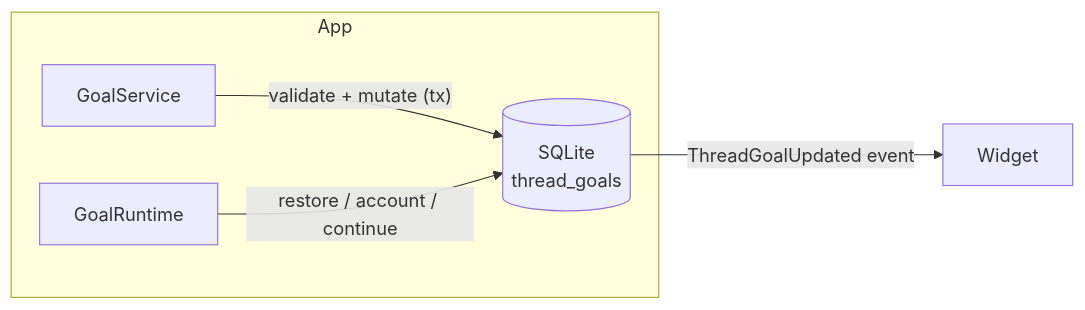
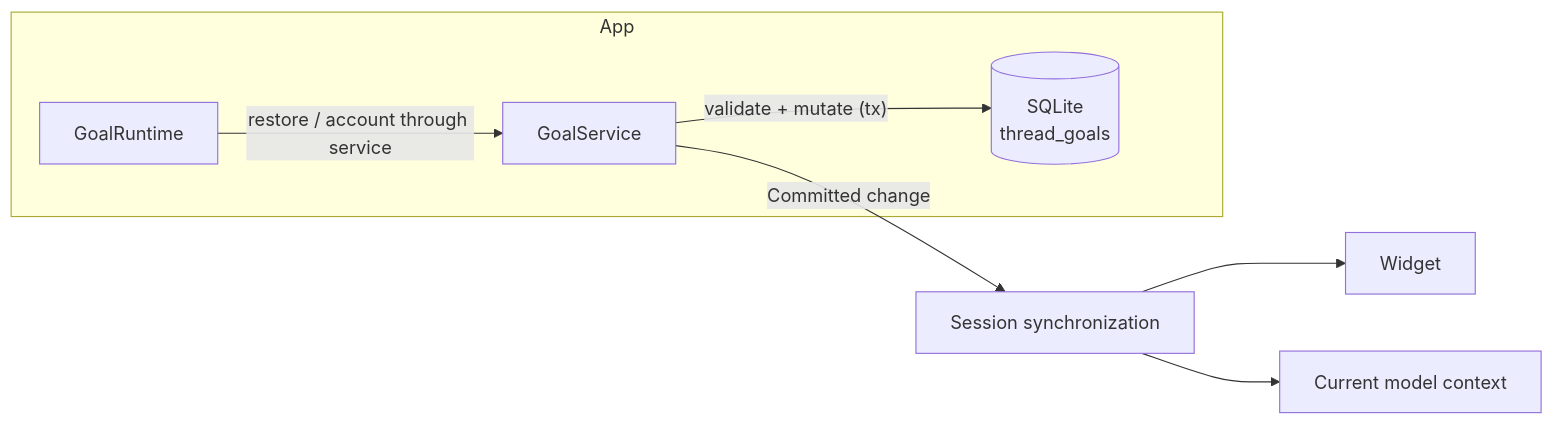
One commit to WeZZard/pi-secretary changed the second of 6 diagrams in docs/arch/architecture.md. Above: the diagram before and after it, drawn with Mermaid. The commit also changed other lines of this file and 32 other files, not shown here.

````diff
--- a/docs/arch/architecture.md
+++ b/docs/arch/architecture.md
@@ -194,11 +204,13 @@
 ```mermaid
 flowchart LR
     subgraph App
         SVC[GoalService]
         RT[GoalRuntime]
         DB[(SQLite<br/>thread_goals)]
     end
     SVC -- "validate + mutate (tx)" --> DB
-    RT -- "restore / account / continue" --> DB
-    DB -- "ThreadGoalUpdated event" --> WIDGET[Widget]
+    RT -- "restore / account through service" --> SVC
+    SVC -- "Committed change" --> SYNC[Session synchronization]
+    SYNC --> WIDGET[Widget]
+    SYNC --> CONTEXT[Current model context]
 ```
````
